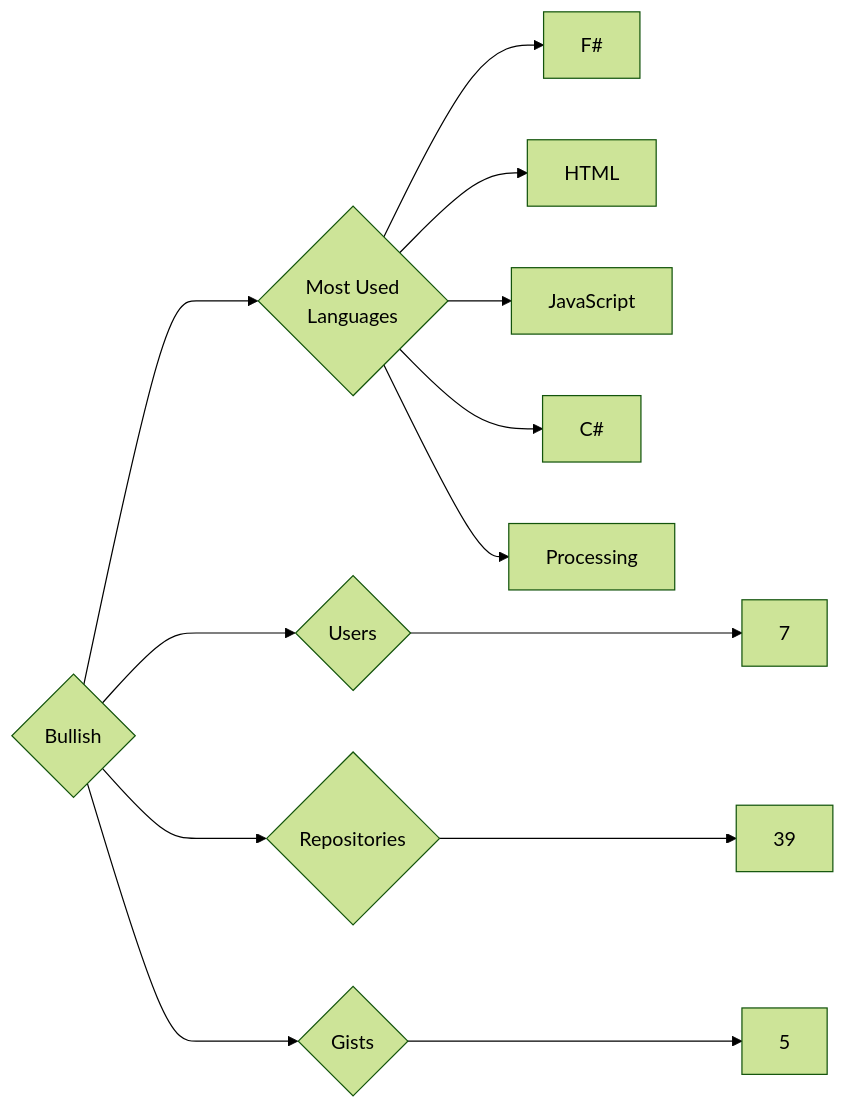
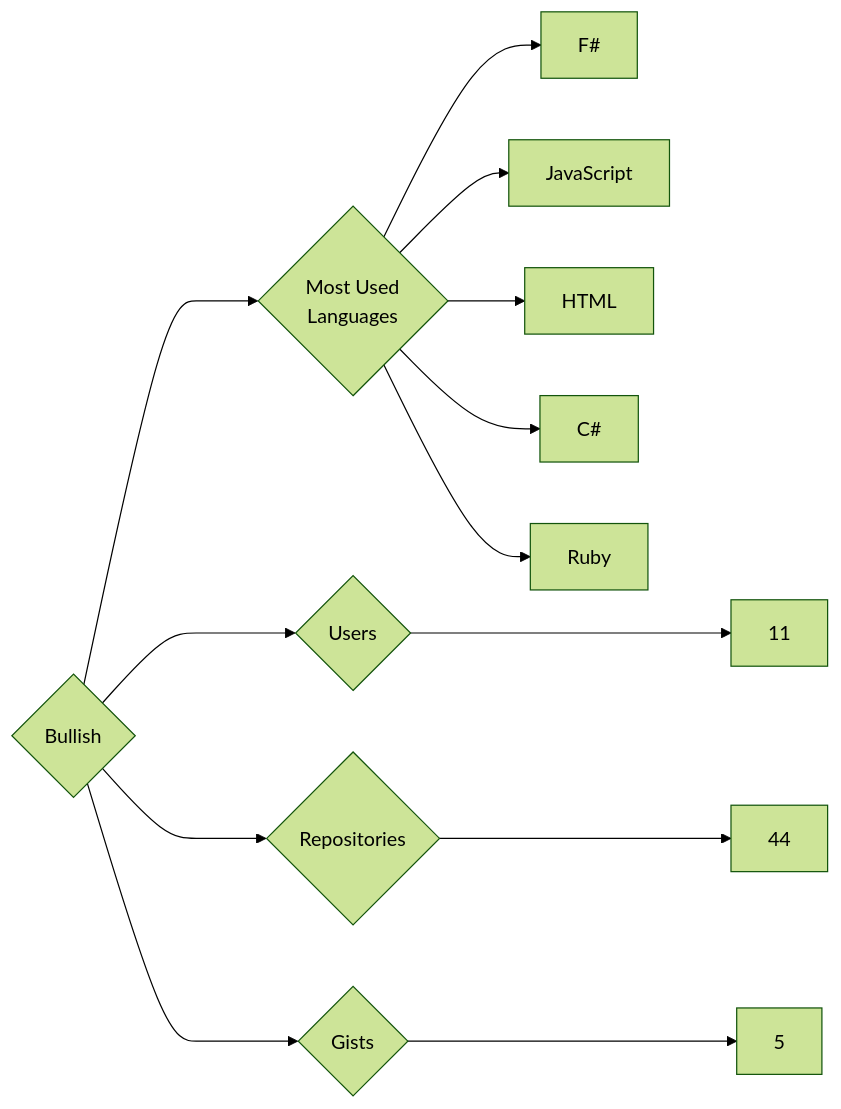
One commit to trickest/insiders changed the diagram in targets/Bullish/README.md. Above: the diagram before and after it, drawn with Mermaid (forest theme). The commit also changed 681 other files, not shown here.

````diff
--- a/targets/Bullish/README.md
+++ b/targets/Bullish/README.md
@@ -3,13 +3,13 @@
 ```mermaid
 graph LR
 COMPANY_NAME{Bullish}
-COMPANY_NAME ---> U{Users} ---> UN[7]
-COMPANY_NAME ---> R{Repositories} ---> RN[39]
+COMPANY_NAME ---> U{Users} ---> UN[11]
+COMPANY_NAME ---> R{Repositories} ---> RN[44]
 COMPANY_NAME ---> G{Gists} ---> GN[5]
 COMPANY_NAME ---> ML{Most Used<br>Languages}
 ML --> F#[F#]
+ML --> JavaScript[JavaScript]
 ML --> HTML[HTML]
-ML --> JavaScript[JavaScript]
 ML --> C#[C#]
-ML --> Processing[Processing]
+ML --> Ruby[Ruby]
 ```
````
